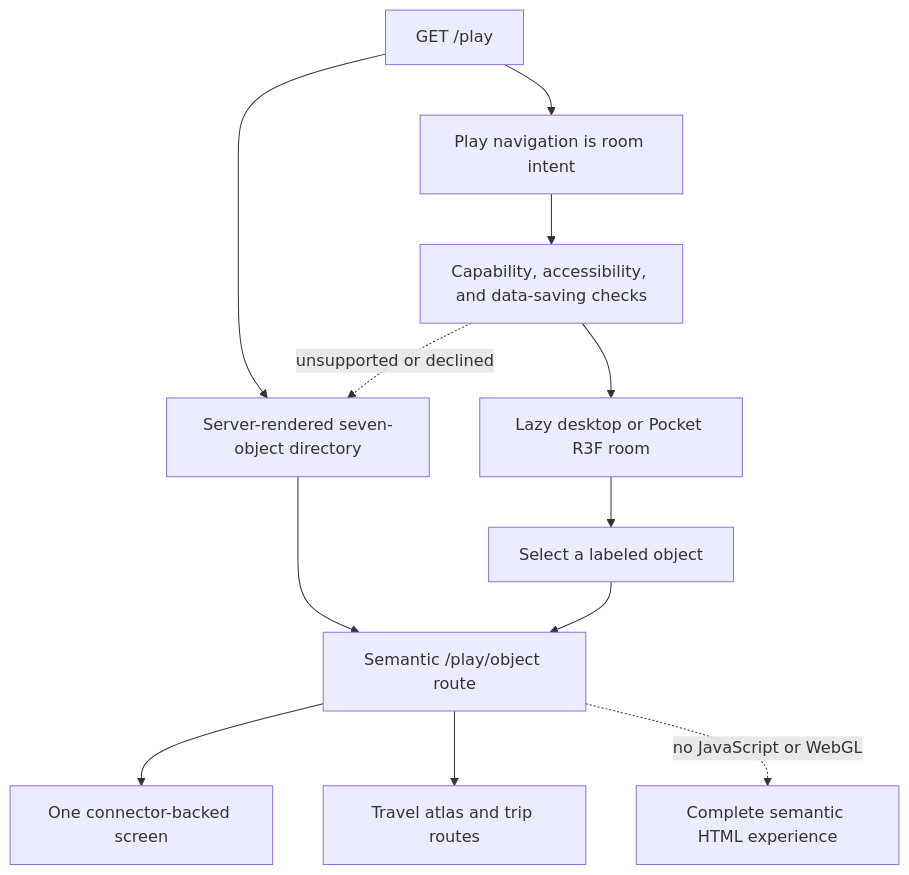
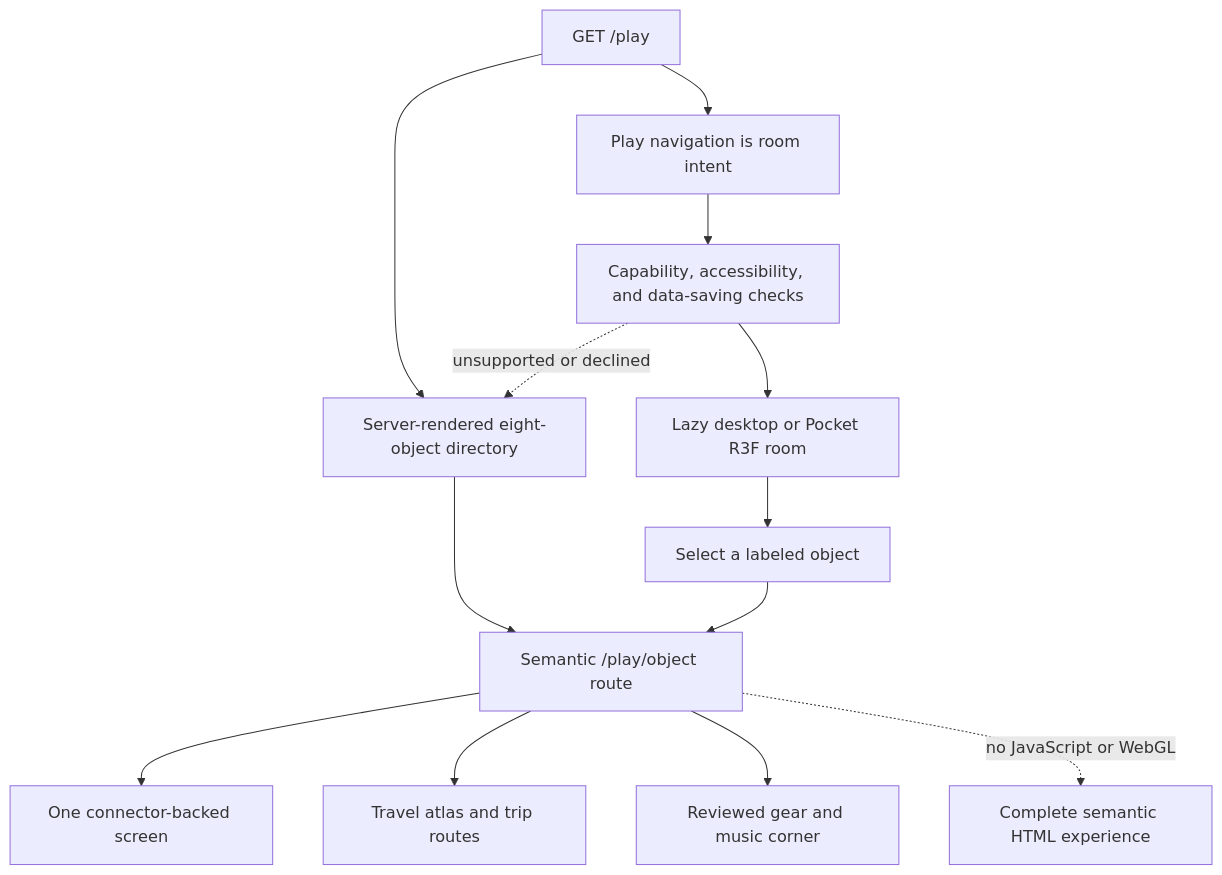
The fourth of 5 diagrams in docs/architecture/codebase-tour.md (ash0ts/anish-shah-work-in-public), drawn with Mermaid before and after one commit. The commit also changed other lines of this file and 37 other files, not shown here.

````diff
--- a/docs/architecture/codebase-tour.md
+++ b/docs/architecture/codebase-tour.md
@@ -229,13 +231,14 @@
 ```mermaid
 flowchart TD
-  play["GET /play"] --> directory["Server-rendered seven-object directory"]
+  play["GET /play"] --> directory["Server-rendered eight-object directory"]
   directory --> direct["Semantic /play/object route"]
   direct --> connector["One connector-backed screen"]
   direct --> travel["Travel atlas and trip routes"]
+  direct --> rig["Reviewed gear and music corner"]
   play --> intent["Play navigation is room intent"]
   intent --> capability["Capability, accessibility, and data-saving checks"]
   capability --> room["Lazy desktop or Pocket R3F room"]
   room --> select["Select a labeled object"] --> direct
   capability -. "unsupported or declined" .-> directory
   direct -. "no JavaScript or WebGL" .-> semantic["Complete semantic HTML experience"]
 ```
````
